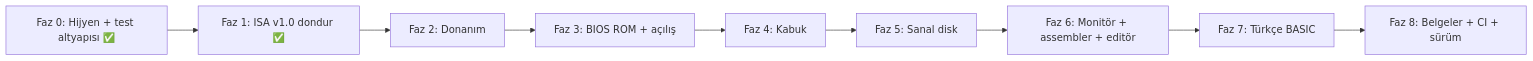
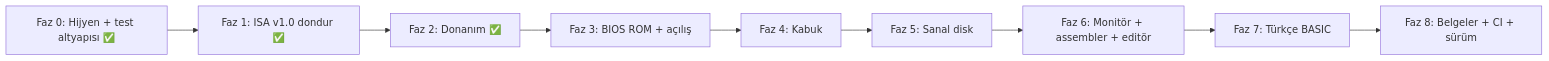
Before and after one commit to Yukselcsgn/TURK-8: the diagram in implementation_plan.md, drawn with Mermaid. The commit also changed other lines of this file and 13 other files, not shown here.

````diff
--- a/implementation_plan.md
+++ b/implementation_plan.md
@@ -8,11 +8,11 @@
 ```mermaid
 flowchart LR
     F0["Faz 0: Hijyen + test altyapısı ✅"] --> F1["Faz 1: ISA v1.0 dondur ✅"]
-    F1 --> F2["Faz 2: Donanım"]
+    F1 --> F2["Faz 2: Donanım ✅"]
     F2 --> F3["Faz 3: BIOS ROM + açılış"]
     F3 --> F4["Faz 4: Kabuk"]
     F4 --> F5["Faz 5: Sanal disk"]
     F5 --> F6["Faz 6: Monitör + assembler + editör"]
     F6 --> F7["Faz 7: Türkçe BASIC"]
     F7 --> F8["Faz 8: Belgeler + CI + sürüm"]
 ```
````
